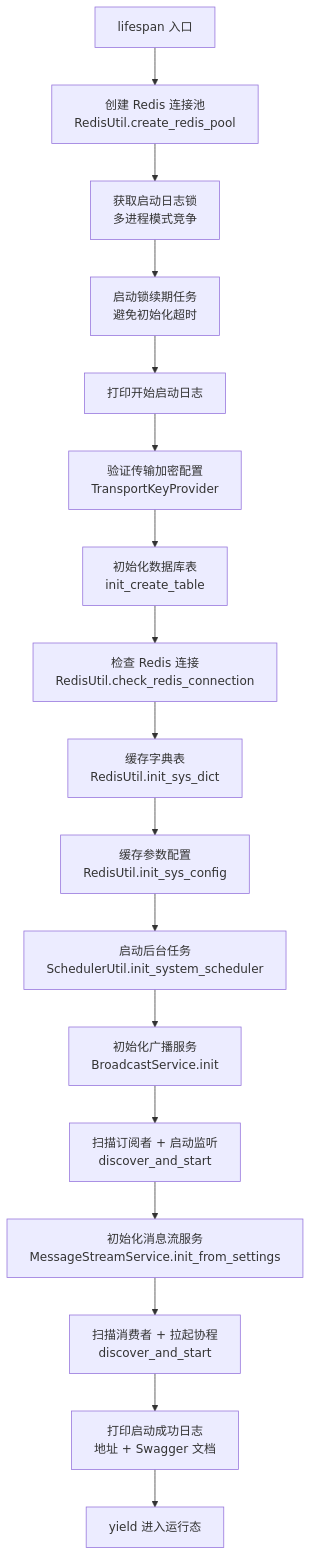
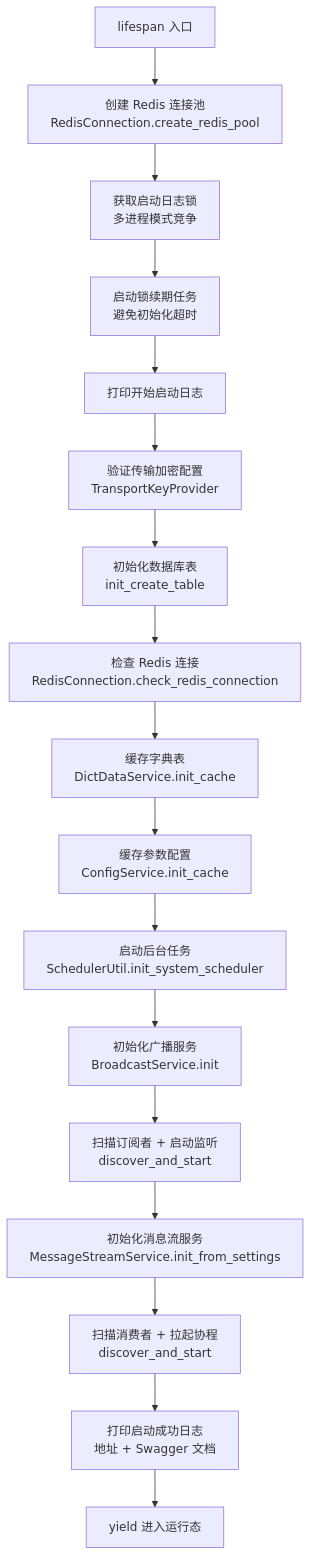
Before and after one commit to jiangwch03/knowledge: the second of 4 diagrams in docs/architecture/启动流程与生命周期.md, drawn with Mermaid. The commit also changed other lines of this file and 2 other files, not shown here.

Commit message:
docs: Redis重构后文档同步更新
- 中间件链与注解切面：RedisUtil.get_redis() → RedisConnection.get_redis()
- 启动流程与生命周期：RedisUtil → RedisConnection，init_sys_dict/init_sys_config → DictDataService/ConfigService.init_cache()
- Redis与数据库基础设施：更新模块路径、新增RedisClient CRUD封装文档、RedisPubSubUtil → RedisPubSub

````diff
--- a/docs/architecture/启动流程与生命周期.md
+++ b/docs/architecture/启动流程与生命周期.md
@@ -33,19 +33,19 @@
 ```mermaid
 graph TD
-    Start["lifespan 入口"] --> Redis["创建 Redis 连接池<br/>RedisUtil.create_redis_pool"]
+    Start["lifespan 入口"] --> Redis["创建 Redis 连接池<br/>RedisConnection.create_redis_pool"]
     Redis --> Lock["获取启动日志锁<br/>多进程模式竞争"]
     Lock --> Renewal["启动锁续期任务<br/>避免初始化超时"]
     Renewal --> Log1["打印开始启动日志"]
     Log1 --> Crypto["验证传输加密配置<br/>TransportKeyProvider"]
     Crypto --> DB["初始化数据库表<br/>init_create_table"]
-    DB --> RedisCheck["检查 Redis 连接<br/>RedisUtil.check_redis_connection"]
-    RedisCheck --> Dict["缓存字典表<br/>RedisUtil.init_sys_dict"]
-    Dict --> Config["缓存参数配置<br/>RedisUtil.init_sys_config"]
+    DB --> RedisCheck["检查 Redis 连接<br/>RedisConnection.check_redis_connection"]
+    RedisCheck --> Dict["缓存字典表<br/>DictDataService.init_cache"]
+    Dict --> Config["缓存参数配置<br/>ConfigService.init_cache"]
     Config --> Scheduler["启动后台任务<br/>SchedulerUtil.init_system_scheduler"]
     Scheduler --> Broadcast["初始化广播服务<br/>BroadcastService.init"]
     Broadcast --> BroadcastStart["扫描订阅者 + 启动监听<br/>discover_and_start"]
     BroadcastStart --> Stream["初始化消息流服务<br/>MessageStreamService.init_from_settings"]
     Stream --> StreamStart["扫描消费者 + 拉起协程<br/>discover_and_start"]
     StreamStart --> Log2["打印启动成功日志<br/>地址 + Swagger 文档"]
     Log2 --> Yield["yield 进入运行态"]
 ```
````
